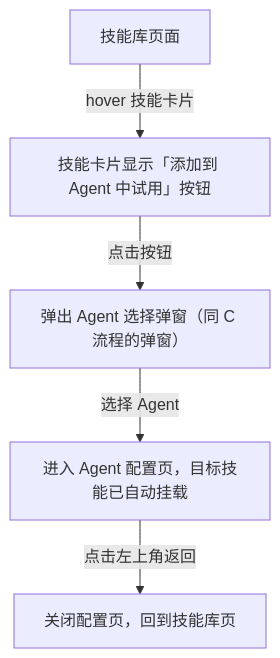
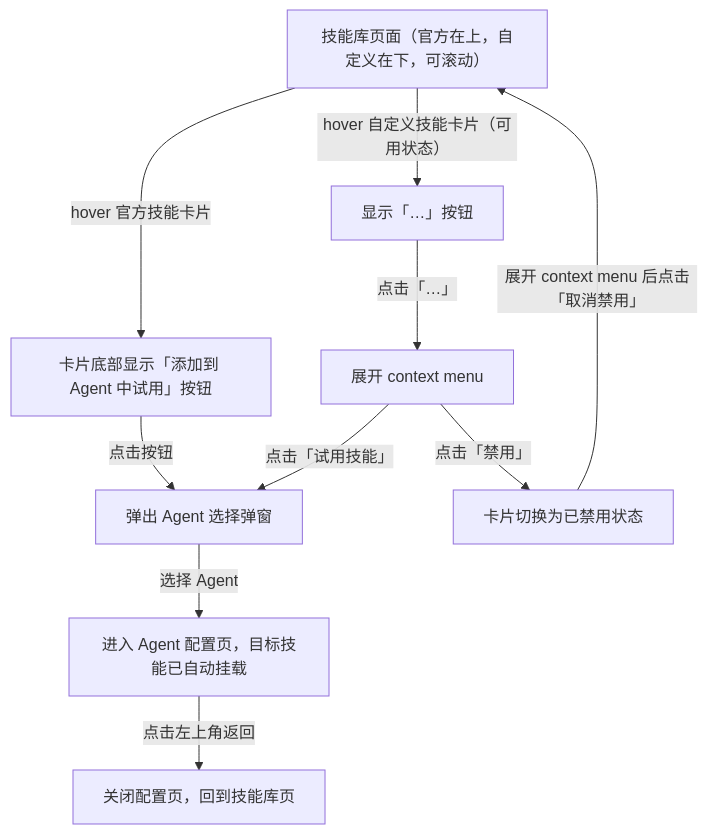
One commit to zui-luo/dorauxdemo changed the eighth of 8 diagrams in custom-skill-entry/interaction-spec.md. Above: the diagram before and after it, drawn with Mermaid. The commit also changed other lines of this file and 6 other files, not shown here.

````diff
--- a/custom-skill-entry/interaction-spec.md
+++ b/custom-skill-entry/interaction-spec.md
@@ -65,7 +153,12 @@
 ```mermaid
 flowchart TD
-    A["技能库页面"] -->|hover 技能卡片| B["技能卡片显示「添加到 Agent 中试用」按钮"]
-    B -->|点击按钮| C["弹出 Agent 选择弹窗（同 C 流程的弹窗）"]
-    C -->|选择 Agent| D["进入 Agent 配置页，目标技能已自动挂载"]
-    D -->|点击左上角返回| E["关闭配置页，回到技能库页"]
+    A["技能库页面（官方在上，自定义在下，可滚动）"] -->|hover 官方技能卡片| C["卡片底部显示「添加到 Agent 中试用」按钮"]
+    A -->|hover 自定义技能卡片（可用状态）| D["显示「…」按钮"]
+    D -->|点击「…」| E["展开 context menu"]
+    E -->|点击「试用技能」| F["弹出 Agent 选择弹窗"]
+    E -->|点击「禁用」| G["卡片切换为已禁用状态"]
+    G -->|展开 context menu 后点击「取消禁用」| A
+    C -->|点击按钮| F
+    F -->|选择 Agent| H["进入 Agent 配置页，目标技能已自动挂载"]
+    H -->|点击左上角返回| I["关闭配置页，回到技能库页"]
 ```
````
